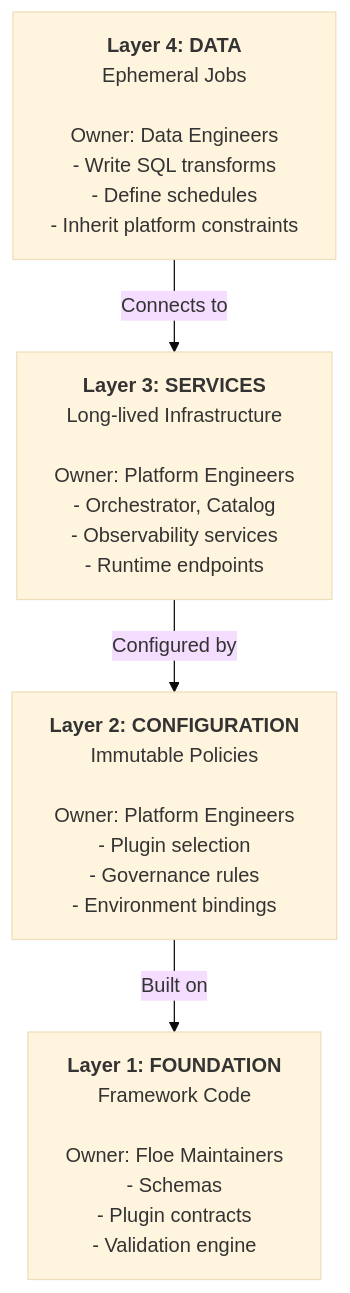
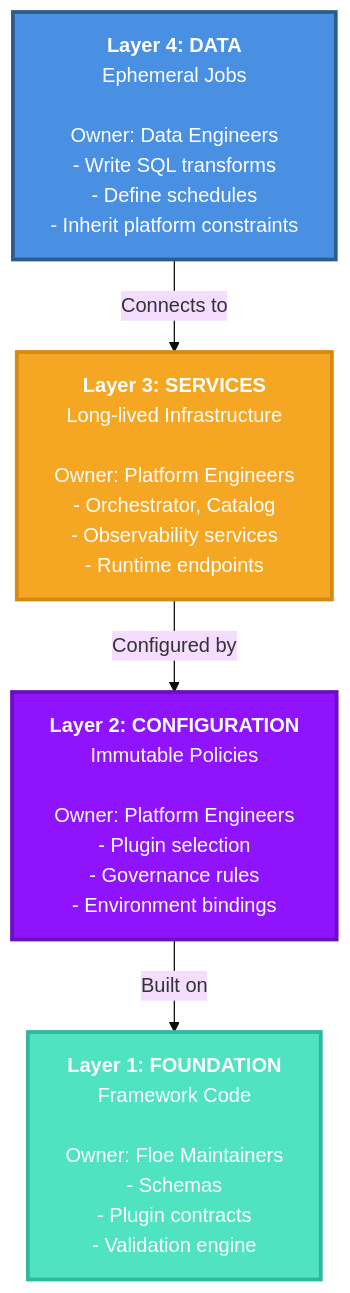
One commit to Obsidian-Owl/floe changed the diagram in README.md. Above: the diagram before and after it, drawn with Mermaid. The commit also changed other lines of this file, not shown here.

Commit message:
docs: address README review nits

````diff
--- a/README.md
+++ b/README.md
@@ -313,15 +314,25 @@
 ```mermaid
 %%{init: {'theme':'base', 'themeVariables': { 'fontSize':'16px'}}}%%
 flowchart TB
     L4["<b>Layer 4: DATA</b><br/>Ephemeral Jobs<br/><br/>Owner: Data Engineers<br/>- Write SQL transforms<br/>- Define schedules<br/>- Inherit platform constraints"]
 
     L3["<b>Layer 3: SERVICES</b><br/>Long-lived Infrastructure<br/><br/>Owner: Platform Engineers<br/>- Orchestrator, Catalog<br/>- Observability services<br/>- Runtime endpoints"]
 
     L2["<b>Layer 2: CONFIGURATION</b><br/>Immutable Policies<br/><br/>Owner: Platform Engineers<br/>- Plugin selection<br/>- Governance rules<br/>- Environment bindings"]
 
     L1["<b>Layer 1: FOUNDATION</b><br/>Framework Code<br/><br/>Owner: Floe Maintainers<br/>- Schemas<br/>- Plugin contracts<br/>- Validation engine"]
 
     L4 -->|Connects to| L3
     L3 -->|Configured by| L2
     L2 -->|Built on| L1
+
+    classDef dataLayer fill:#4A90E2,stroke:#2E5C8A,stroke-width:3px,color:#fff
+    classDef serviceLayer fill:#F5A623,stroke:#D68910,stroke-width:3px,color:#fff
+    classDef configLayer fill:#9013FE,stroke:#6B0FBF,stroke-width:3px,color:#fff
+    classDef foundationLayer fill:#50E3C2,stroke:#2EB8A0,stroke-width:3px,color:#fff
+
+    class L4 dataLayer
+    class L3 serviceLayer
+    class L2 configLayer
+    class L1 foundationLayer
 ```
````
